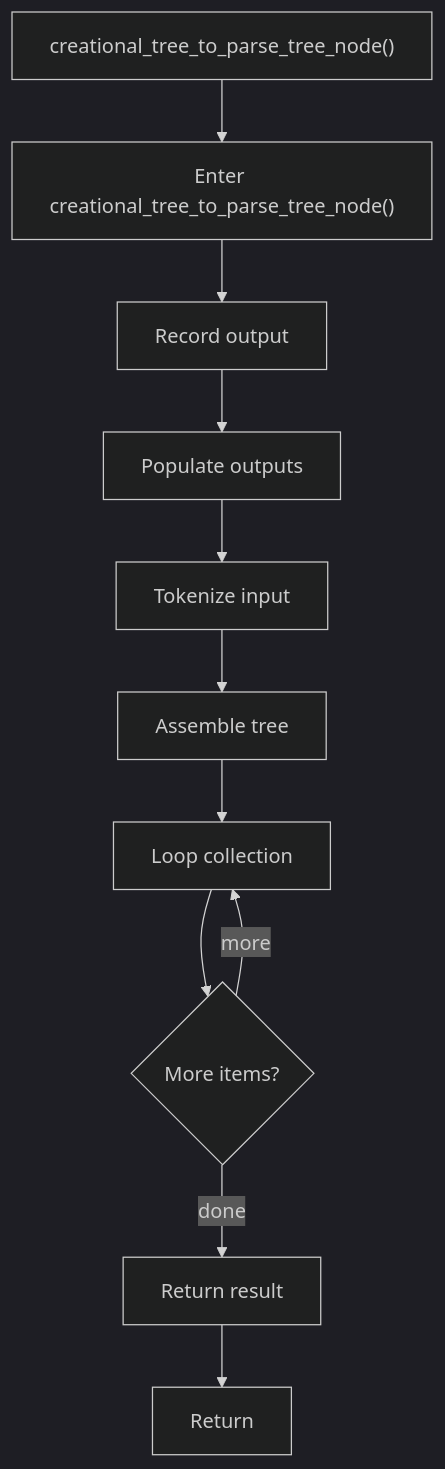
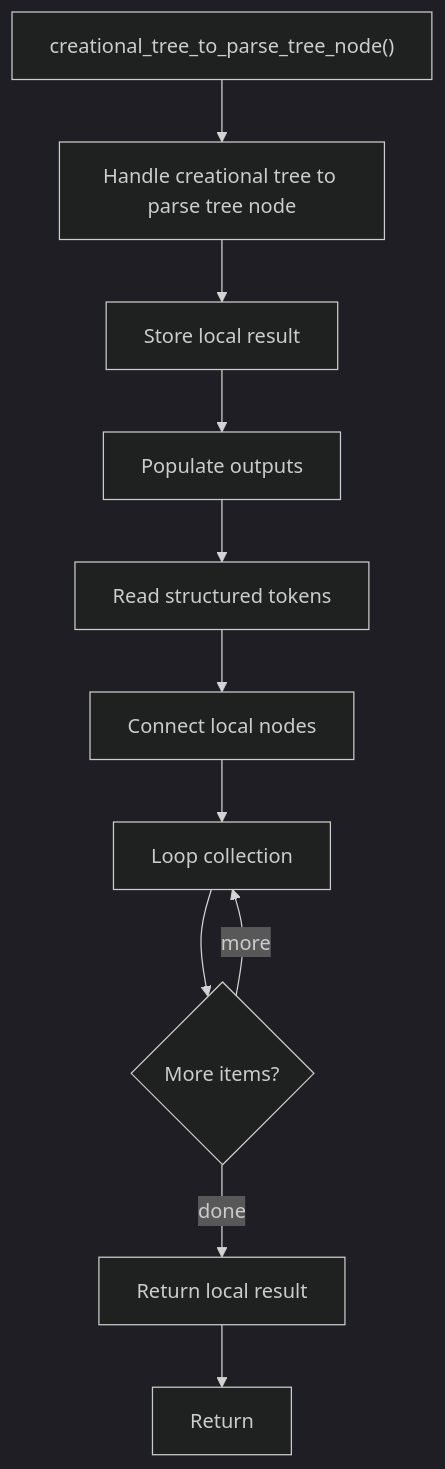
The diagram in docs/Codebase/Microservice/Modules/Source/Trees/ClassGeneration/VirtualBroken/Creational/Flow/functions/creational_tree_to_parse_tree_node.cpp.md (JohnAndrewBalbarosa/NeoTerritory), drawn with Mermaid (dark theme) before and after one commit. The commit also changed other lines of this file and 925 other files, not shown here.

````diff
--- a/docs/Codebase/Microservice/Modules/Source/Trees/ClassGeneration/VirtualBroken/Creational/Flow/functions/creational_tree_to_parse_tree_node.cpp.md
+++ b/docs/Codebase/Microservice/Modules/Source/Trees/ClassGeneration/VirtualBroken/Creational/Flow/functions/creational_tree_to_parse_tree_node.cpp.md
@@ -21,23 +21,23 @@
 ```mermaid
 flowchart TD
     Start["creational_tree_to_parse_tree_node()"]
-    N0["Enter creational_tree_to_parse_tree_node()"]
-    N1["Record output"]
+    N0["Handle creational tree to parse tree node"]
+    N1["Store local result"]
     N2["Populate outputs"]
-    N3["Tokenize input"]
-    N4["Assemble tree"]
+    N3["Read structured tokens"]
+    N4["Connect local nodes"]
     N5["Loop collection"]
     L5{"More items?"}
-    N6["Return result"]
+    N6["Return local result"]
     End["Return"]
     Start --> N0
     N0 --> N1
     N1 --> N2
     N2 --> N3
     N3 --> N4
     N4 --> N5
     N5 --> L5
     L5 -->|more| N5
     L5 -->|done| N6
     N6 --> End
 ```
````
